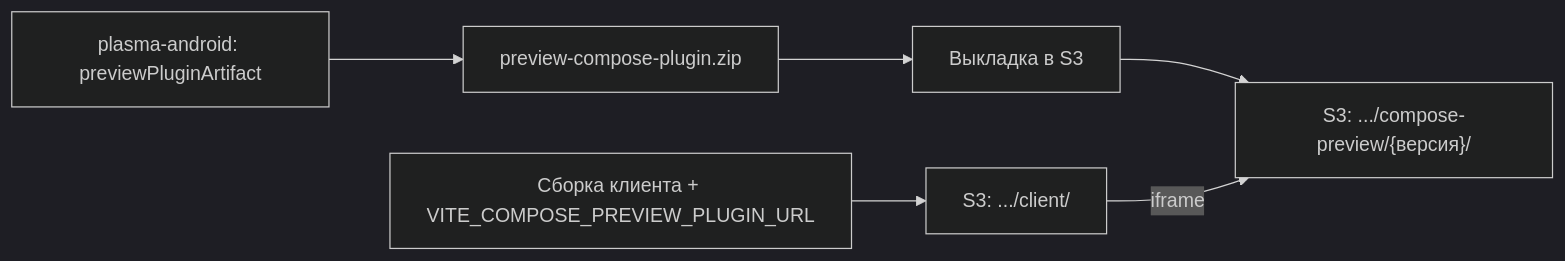
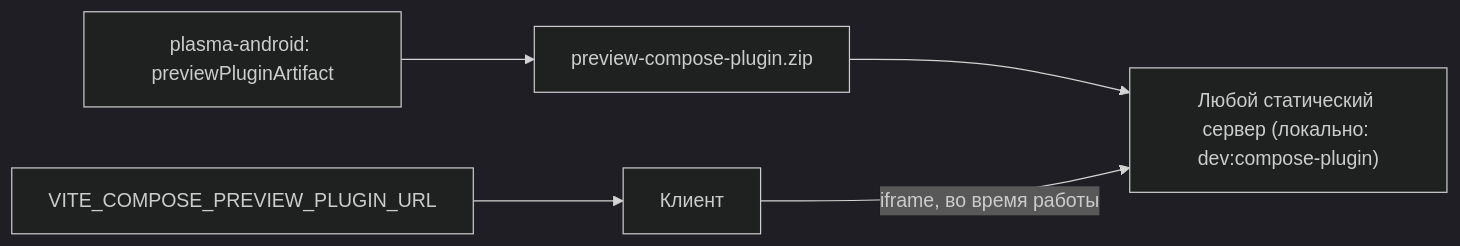
The diagram in openspec/changes/ship-compose-preview-on-web/design.md (salute-developers/design-system-builder), drawn with Mermaid (dark theme) before and after one commit. The commit also changed other lines of this file and 5 other files, not shown here.

````diff
--- a/openspec/changes/ship-compose-preview-on-web/design.md
+++ b/openspec/changes/ship-compose-preview-on-web/design.md
@@ -42,8 +40,7 @@
 ```mermaid
 flowchart LR
     Build["plasma-android: previewPluginArtifact"] --> Zip["preview-compose-plugin.zip"]
-    Zip --> Upload["Выкладка в S3"]
-    Upload --> Plugin["S3: .../compose-preview/{версия}/"]
-    ClientBuild["Сборка клиента + VITE_COMPOSE_PREVIEW_PLUGIN_URL"] --> ClientSite["S3: .../client/"]
-    ClientSite -->|"iframe"| Plugin
+    Zip --> Serve["Любой статический сервер (локально: dev:compose-plugin)"]
+    Env["VITE_COMPOSE_PREVIEW_PLUGIN_URL"] --> Client["Клиент"]
+    Client -->|"iframe, во время работы"| Serve
 ```
````
